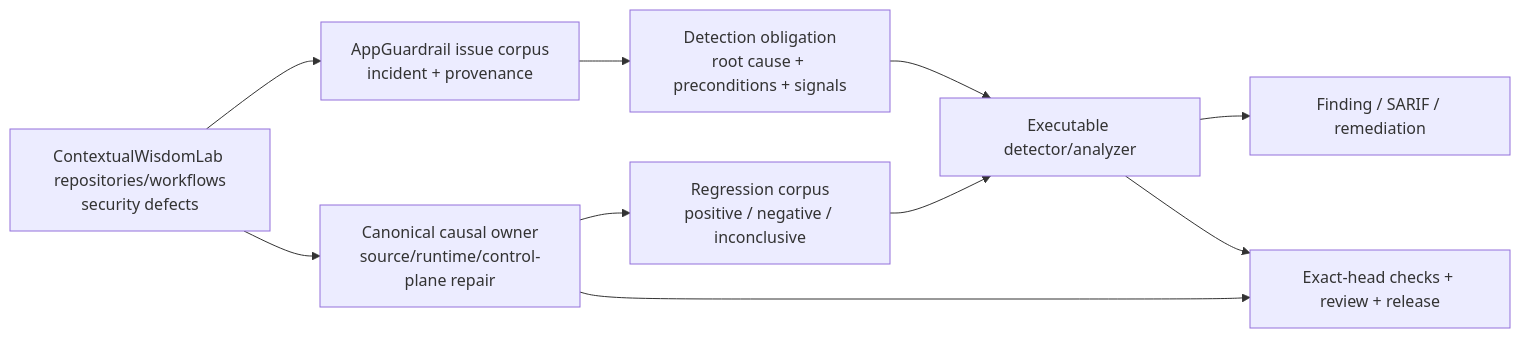
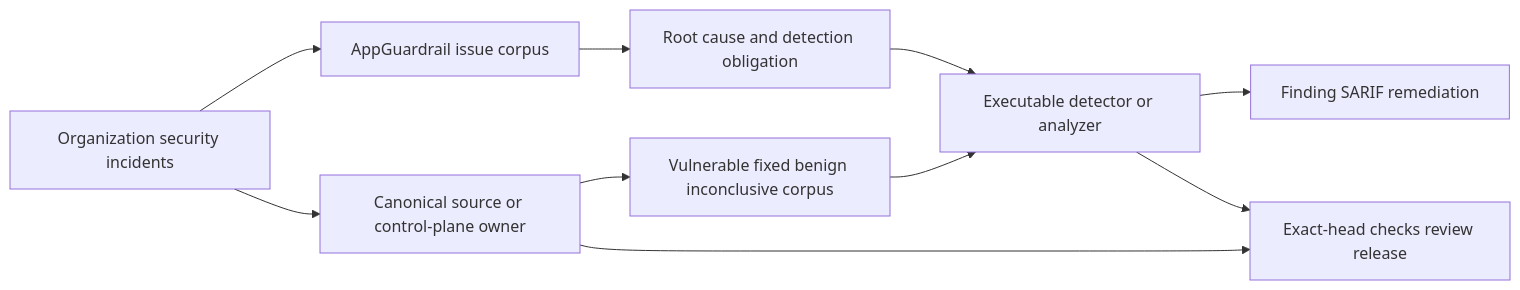
One commit to ContextualWisdomLab/VibeSec changed the diagram in docs/product-technical-gap-baseline.md. Above: the diagram before and after it, drawn with Mermaid. The commit also changed other lines of this file and 2 other files, not shown here.

First line of the commit message:
docs(gaps): bind scoped September 12 detector evidence

````diff
--- a/docs/product-technical-gap-baseline.md
+++ b/docs/product-technical-gap-baseline.md
@@ -41,21 +40,12 @@
 ```mermaid
 flowchart LR
-    SRC[ContextualWisdomLab repositories/workflows\nsecurity defects]
-    CORPUS[AppGuardrail issue corpus\nincident + provenance]
-    OBL[Detection obligation\nroot cause + preconditions + signals]
-    DET[Executable detector/analyzer]
-    REG[Regression corpus\npositive / negative / inconclusive]
-    FIND[Finding / SARIF / remediation]
-    OWNER[Canonical causal owner\nsource/runtime/control-plane repair]
-    EVID[Exact-head checks + review + release]
-
-    SRC --> CORPUS
-    CORPUS --> OBL
-    OBL --> DET
-    REG --> DET
-    DET --> FIND
-    SRC --> OWNER
-    OWNER --> REG
-    OWNER --> EVID
-    DET --> EVID
+    Source[Organization security incidents] --> Corpus[AppGuardrail issue corpus]
+    Corpus --> Obligation[Root cause and detection obligation]
+    Obligation --> Detector[Executable detector or analyzer]
+    Regression[Vulnerable fixed benign inconclusive corpus] --> Detector
+    Detector --> Finding[Finding SARIF remediation]
+    Source --> Owner[Canonical source or control-plane owner]
+    Owner --> Regression
+    Owner --> Evidence[Exact-head checks review release]
+    Detector --> Evidence
 ```
````
